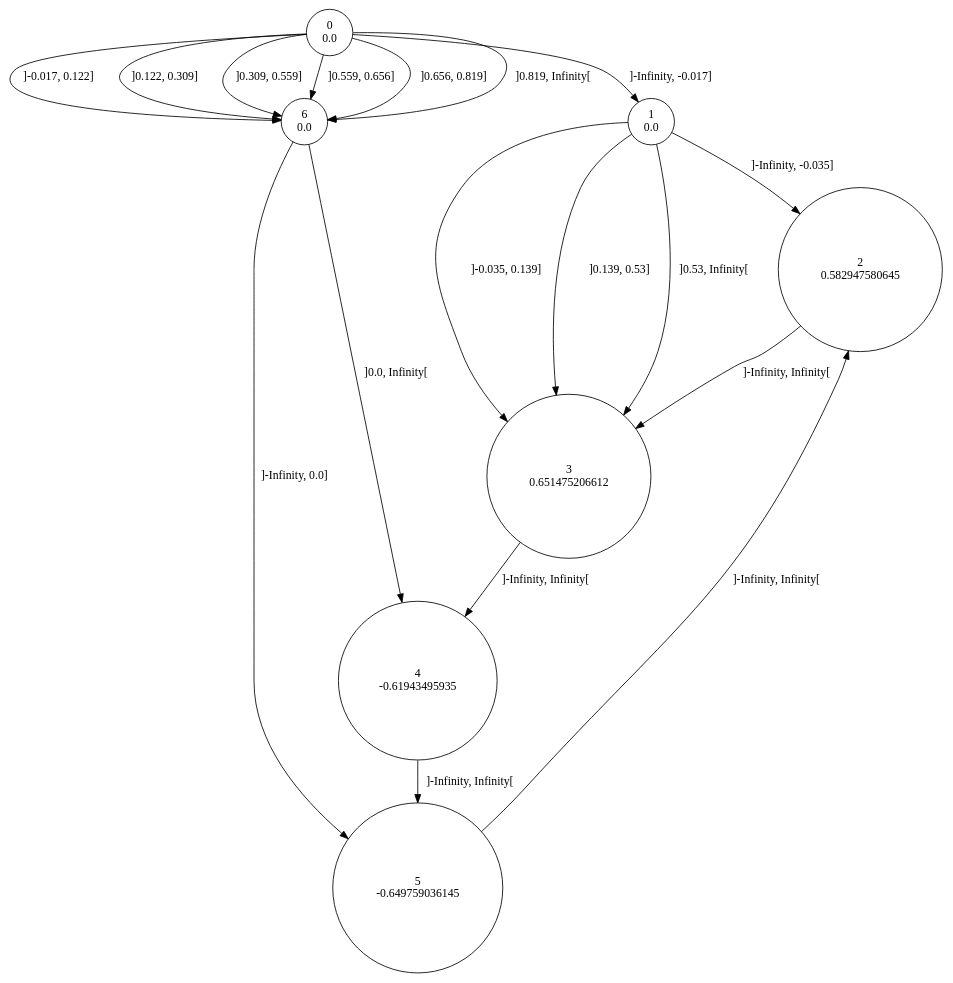
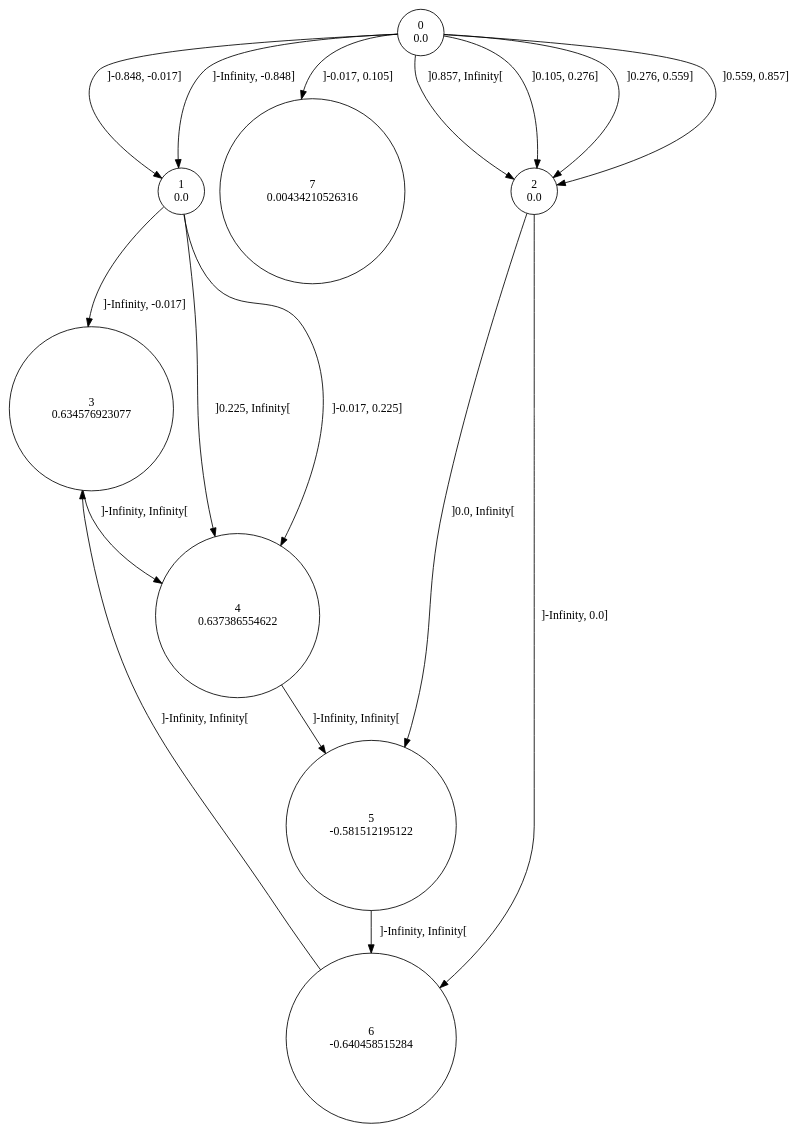
The diagram in sinus/data/6/rtitm.dot (gllpellegrino/RAI_experiments), drawn with Graphviz before and after one commit. The commit also changed 306 other files, not shown here.

```diff
--- a/sinus/data/6/rtitm.dot
+++ b/sinus/data/6/rtitm.dot
@@ -1,26 +1,26 @@
 digraph a {
 0 [shape=circle, label="0\n0.0"];
-	0 -> 1 [label="]-Infinity, -0.017]"];
-	0 -> 6 [label="]-0.017, 0.122]"];
-	0 -> 6 [label="]0.122, 0.309]"];
-	0 -> 6 [label="]0.309, 0.559]"];
-	0 -> 6 [label="]0.559, 0.656]"];
-	0 -> 6 [label="]0.656, 0.819]"];
-	0 -> 6 [label="]0.819, Infinity["];
+	0 -> 1 [label="]-Infinity, -0.848]"];
+	0 -> 1 [label="]-0.848, -0.017]"];
+	0 -> 7 [label="]-0.017, 0.105]"];
+	0 -> 2 [label="]0.105, 0.276]"];
+	0 -> 2 [label="]0.276, 0.559]"];
+	0 -> 2 [label="]0.559, 0.857]"];
+	0 -> 2 [label="]0.857, Infinity["];
 1 [shape=circle, label="1\n0.0"];
-	1 -> 2 [label="]-Infinity, -0.035]"];
-	1 -> 3 [label="]-0.035, 0.139]"];
-	1 -> 3 [label="]0.139, 0.53]"];
-	1 -> 3 [label="]0.53, Infinity["];
-2 [shape=circle, label="2\n0.582947580645"];
-	2 -> 3 [label="]-Infinity, Infinity["];
-3 [shape=circle, label="3\n0.651475206612"];
+	1 -> 3 [label="]-Infinity, -0.017]"];
+	1 -> 4 [label="]-0.017, 0.225]"];
+	1 -> 4 [label="]0.225, Infinity["];
+2 [shape=circle, label="2\n0.0"];
+	2 -> 6 [label="]-Infinity, 0.0]"];
+	2 -> 5 [label="]0.0, Infinity["];
+3 [shape=circle, label="3\n0.634576923077"];
 	3 -> 4 [label="]-Infinity, Infinity["];
-4 [shape=circle, label="4\n-0.61943495935"];
+4 [shape=circle, label="4\n0.637386554622"];
 	4 -> 5 [label="]-Infinity, Infinity["];
-5 [shape=circle, label="5\n-0.649759036145"];
-	5 -> 2 [label="]-Infinity, Infinity["];
-6 [shape=circle, label="6\n0.0"];
-	6 -> 5 [label="]-Infinity, 0.0]"];
-	6 -> 4 [label="]0.0, Infinity["];
+5 [shape=circle, label="5\n-0.581512195122"];
+	5 -> 6 [label="]-Infinity, Infinity["];
+6 [shape=circle, label="6\n-0.640458515284"];
+	6 -> 3 [label="]-Infinity, Infinity["];
+7 [shape=circle, label="7\n0.00434210526316"];
 }
```
